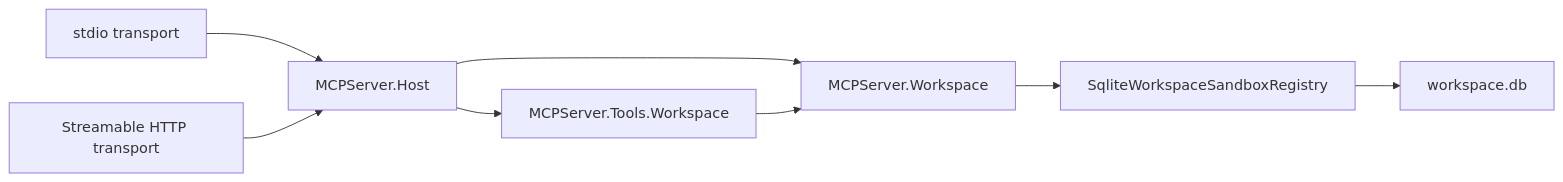
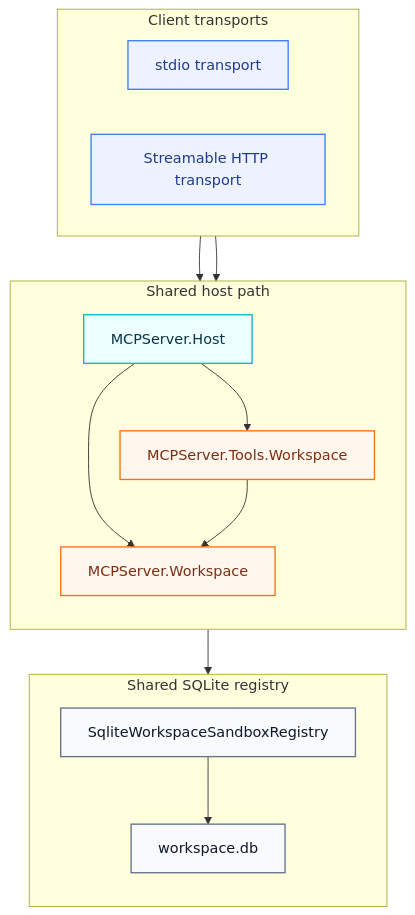
One commit to haxxornulled/SharpMCPServer changed the diagram in docs/WORKSPACE_SANDBOXES.md. Above: the diagram before and after it, drawn with Mermaid. The commit also changed other lines of this file and 97 other files, not shown here.

````diff
--- a/docs/WORKSPACE_SANDBOXES.md
+++ b/docs/WORKSPACE_SANDBOXES.md
@@ -56,17 +56,36 @@
 ```mermaid
-flowchart LR
-    Stdio["stdio transport"]
-    Http["Streamable HTTP transport"]
-    Host["MCPServer.Host"]
-    Workspace["MCPServer.Workspace"]
-    Tools["MCPServer.Tools.Workspace"]
-    Registry["SqliteWorkspaceSandboxRegistry"]
-    Db["workspace.db"]
+flowchart TB
+    classDef transport fill:#eef2ff,stroke:#3b82f6,color:#1e3a8a,stroke-width:1.5px;
+    classDef host fill:#ecfeff,stroke:#06b6d4,color:#083344,stroke-width:1.5px;
+    classDef workspace fill:#fff7ed,stroke:#f97316,color:#7c2d12,stroke-width:1.5px;
+    classDef storage fill:#f8fafc,stroke:#64748b,color:#0f172a,stroke-width:1.5px;
+
+    subgraph Transports["Client transports"]
+        direction LR
+        Stdio["stdio transport"]:::transport
+        Http["Streamable HTTP transport"]:::transport
+    end
+
+    subgraph Server["Shared host path"]
+        direction TB
+        Host["MCPServer.Host"]:::host
+        Tools["MCPServer.Tools.Workspace"]:::workspace
+        Workspace["MCPServer.Workspace"]:::workspace
+
+        Host --> Tools
+        Host --> Workspace
+        Tools --> Workspace
+    end
+
+    subgraph Persistence["Shared SQLite registry"]
+        direction TB
+        Registry["SqliteWorkspaceSandboxRegistry"]:::storage
+        Db["workspace.db"]:::storage
+
+        Registry --> Db
+    end
 
     Stdio --> Host
     Http --> Host
-    Host --> Tools
-    Host --> Workspace
-    Tools --> Workspace
-    Workspace --> Registry --> Db
+    Workspace --> Registry
 ```
````
